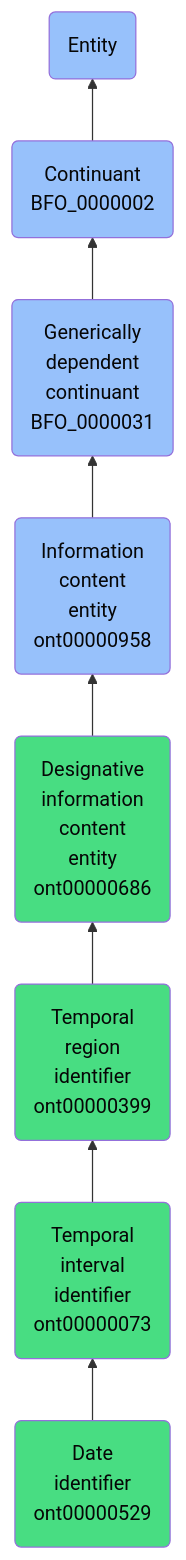
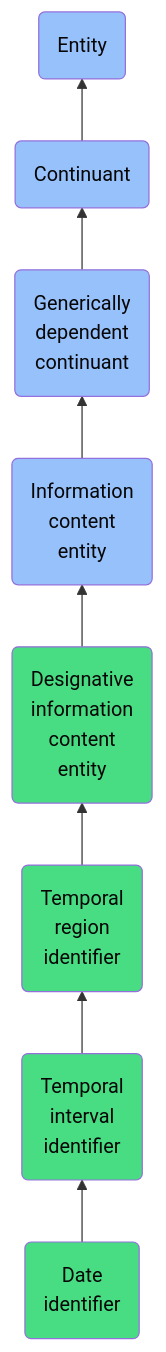
One commit to jupyter-naas/abi changed the diagram in docs/ontology/reference/model/Entity/Continuant/Generically dependent continuant/Information content entity/Designative information content entity/Temporal region identifier/Temporal interval identifier/Date identifier/Date identifier.md. Above: the diagram before and after it, drawn with Mermaid. The commit also changed other lines of this file and 1430 other files, not shown here.

````diff
--- a/docs/ontology/reference/model/Entity/Continuant/Generically dependent continuant/Information content entity/Designative information content entity/Temporal region identifier/Temporal interval identifier/Date identifier/Date identifier.md
+++ b/docs/ontology/reference/model/Entity/Continuant/Generically dependent continuant/Information content entity/Designative information content entity/Temporal region identifier/Temporal interval identifier/Date identifier/Date identifier.md
@@ -24,15 +24,15 @@
 ```mermaid
 graph BT
-    ont00000529(Date<br>identifier<br>ont00000529):::ABI-->ont00000073
-    ont00000073(Temporal<br>interval<br>identifier<br>ont00000073):::ABI-->ont00000399
-    ont00000399(Temporal<br>region<br>identifier<br>ont00000399):::ABI-->ont00000686
-    ont00000686(Designative<br>information<br>content<br>entity<br>ont00000686):::ABI-->ont00000958
-    ont00000958(Information<br>content<br>entity<br>ont00000958):::BFO-->BFO_0000031
-    BFO_0000031(Generically<br>dependent<br>continuant<br>BFO_0000031):::BFO-->BFO_0000002
-    BFO_0000002(Continuant<br>BFO_0000002):::BFO-->BFO_0000001
+    ont00000529(Date<br>identifier):::ABI-->ont00000073
+    ont00000073(Temporal<br>interval<br>identifier):::ABI-->ont00000399
+    ont00000399(Temporal<br>region<br>identifier):::ABI-->ont00000686
+    ont00000686(Designative<br>information<br>content<br>entity):::ABI-->ont00000958
+    ont00000958(Information<br>content<br>entity):::BFO-->BFO_0000031
+    BFO_0000031(Generically<br>dependent<br>continuant):::BFO-->BFO_0000002
+    BFO_0000002(Continuant):::BFO-->BFO_0000001
     BFO_0000001(Entity):::BFO
     
     classDef BFO fill:#97c1fb,color:#060606
     classDef CCO fill:#e4c51e,color:#060606
     classDef ABI fill:#48DD82,color:#060606
 ```
````
